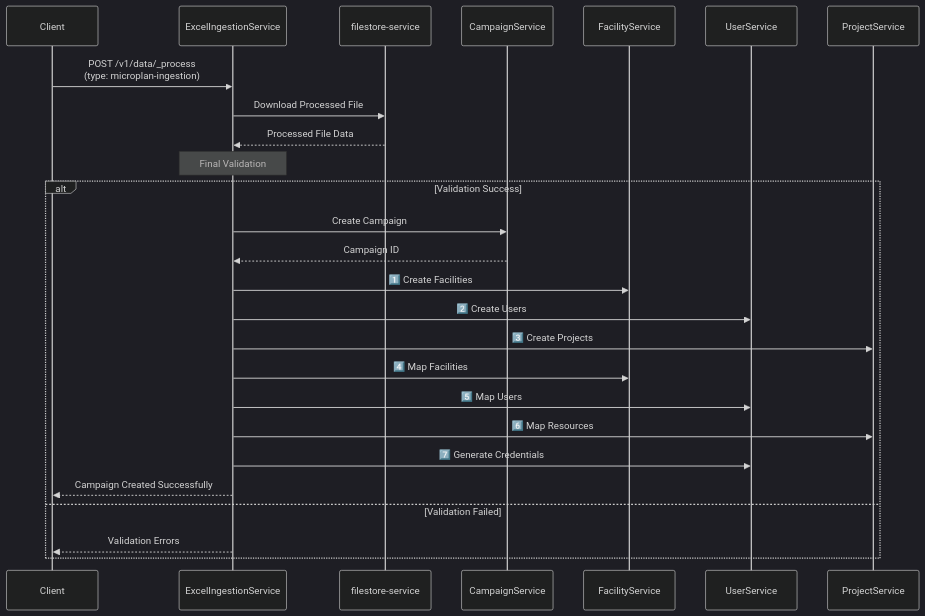
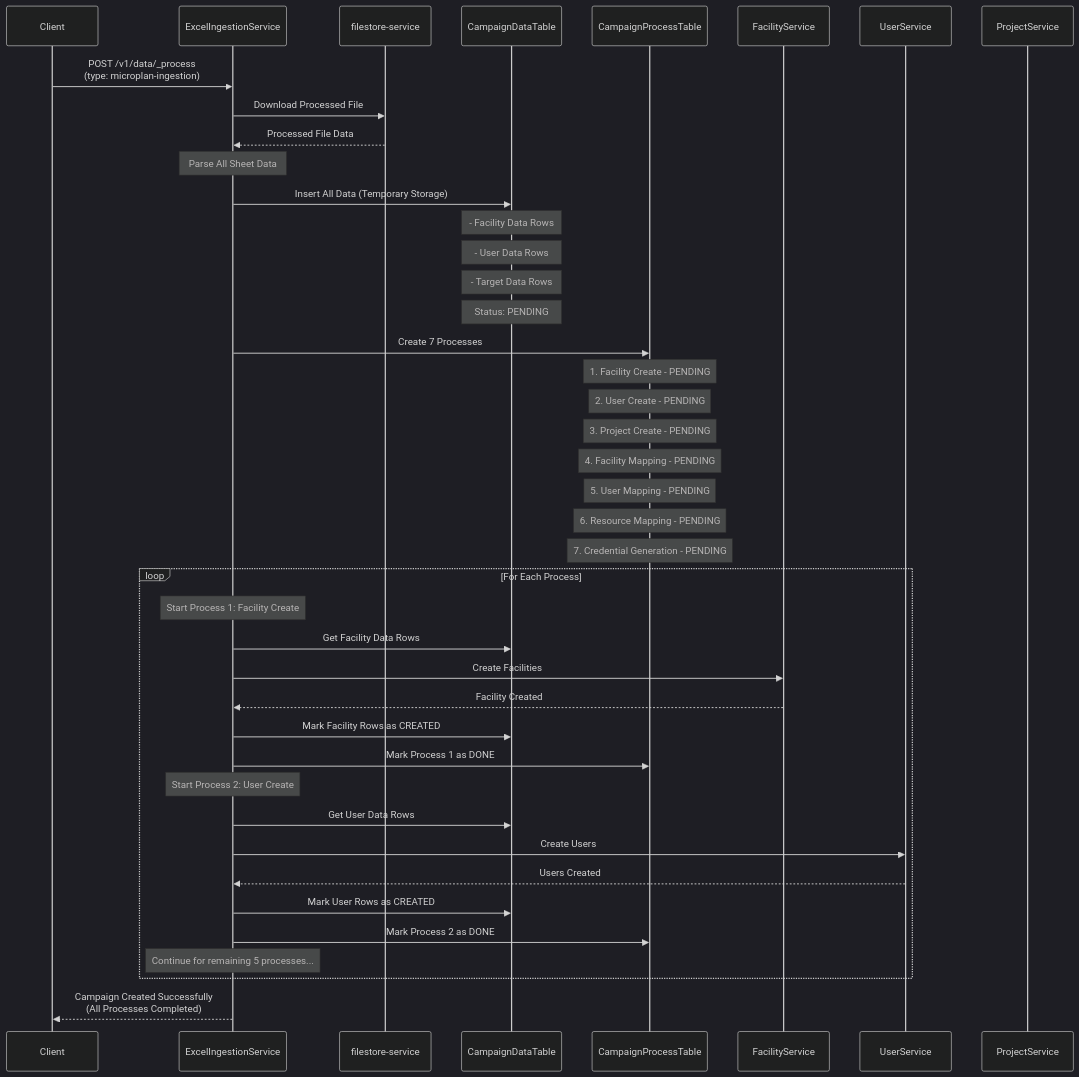
The third of 3 diagrams in DESIGN.md (ashish-egov/campaign-whole-sheet-ingestion), drawn with Mermaid (dark theme) before and after one commit.

````diff
--- a/DESIGN.md
+++ b/DESIGN.md
@@ -66,34 +66,53 @@
 ```mermaid
 sequenceDiagram
     participant Client
     participant ExcelIngestionService
     participant filestore-service
-    participant CampaignService
+    participant CampaignDataTable
+    participant CampaignProcessTable
     participant FacilityService
     participant UserService
     participant ProjectService
     
     Client->>ExcelIngestionService: POST /v1/data/_process<br/>(type: microplan-ingestion)
     
     ExcelIngestionService->>filestore-service: Download Processed File
     filestore-service-->>ExcelIngestionService: Processed File Data
     
-    Note over ExcelIngestionService: Final Validation
+    Note over ExcelIngestionService: Parse All Sheet Data
     
-    alt Validation Success
-        ExcelIngestionService->>CampaignService: Create Campaign
-        CampaignService-->>ExcelIngestionService: Campaign ID
+    ExcelIngestionService->>CampaignDataTable: Insert All Data (Temporary Storage)
+    Note over CampaignDataTable: - Facility Data Rows
+    Note over CampaignDataTable: - User Data Rows  
+    Note over CampaignDataTable: - Target Data Rows
+    Note over CampaignDataTable: Status: PENDING
+    
+    ExcelIngestionService->>CampaignProcessTable: Create 7 Processes
+    Note over CampaignProcessTable: 1. Facility Create - PENDING
+    Note over CampaignProcessTable: 2. User Create - PENDING
+    Note over CampaignProcessTable: 3. Project Create - PENDING
+    Note over CampaignProcessTable: 4. Facility Mapping - PENDING
+    Note over CampaignProcessTable: 5. User Mapping - PENDING
+    Note over CampaignProcessTable: 6. Resource Mapping - PENDING
+    Note over CampaignProcessTable: 7. Credential Generation - PENDING
+    
+    loop For Each Process
+        Note over ExcelIngestionService: Start Process 1: Facility Create
+        ExcelIngestionService->>CampaignDataTable: Get Facility Data Rows
+        ExcelIngestionService->>FacilityService: Create Facilities
+        FacilityService-->>ExcelIngestionService: Facility Created
+        ExcelIngestionService->>CampaignDataTable: Mark Facility Rows as CREATED
+        ExcelIngestionService->>CampaignProcessTable: Mark Process 1 as DONE
         
-        ExcelIngestionService->>FacilityService: 1️⃣ Create Facilities
-        ExcelIngestionService->>UserService: 2️⃣ Create Users
-        ExcelIngestionService->>ProjectService: 3️⃣ Create Projects
-        ExcelIngestionService->>FacilityService: 4️⃣ Map Facilities
-        ExcelIngestionService->>UserService: 5️⃣ Map Users
-        ExcelIngestionService->>ProjectService: 6️⃣ Map Resources
-        ExcelIngestionService->>UserService: 7️⃣ Generate Credentials
+        Note over ExcelIngestionService: Start Process 2: User Create
+        ExcelIngestionService->>CampaignDataTable: Get User Data Rows
+        ExcelIngestionService->>UserService: Create Users
+        UserService-->>ExcelIngestionService: Users Created
+        ExcelIngestionService->>CampaignDataTable: Mark User Rows as CREATED
+        ExcelIngestionService->>CampaignProcessTable: Mark Process 2 as DONE
         
-        ExcelIngestionService-->>Client: Campaign Created Successfully
-    else Validation Failed
-        ExcelIngestionService-->>Client: Validation Errors
+        Note over ExcelIngestionService: Continue for remaining 5 processes...
     end
+    
+    ExcelIngestionService-->>Client: Campaign Created Successfully<br/>(All Processes Completed)
 ```
````
